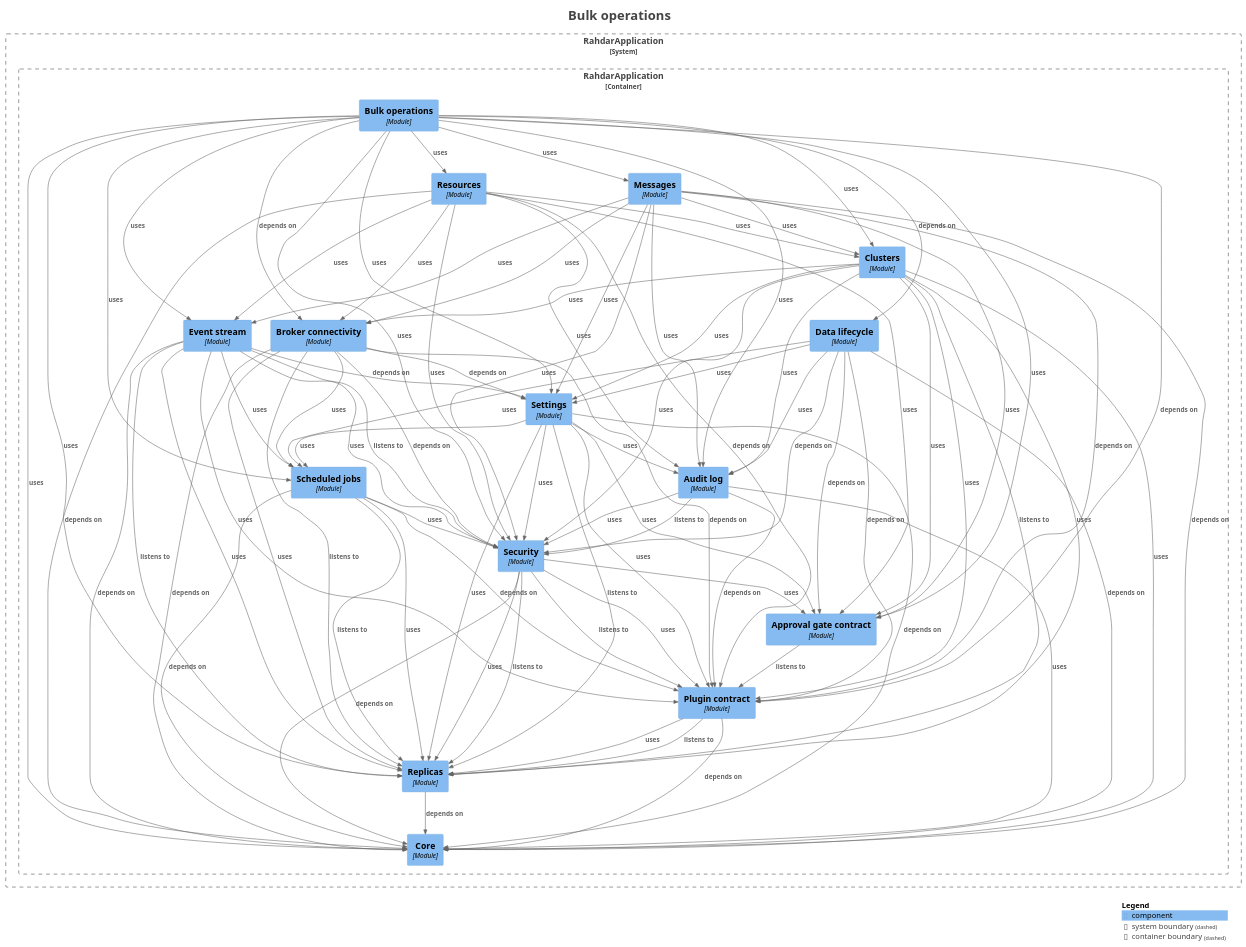
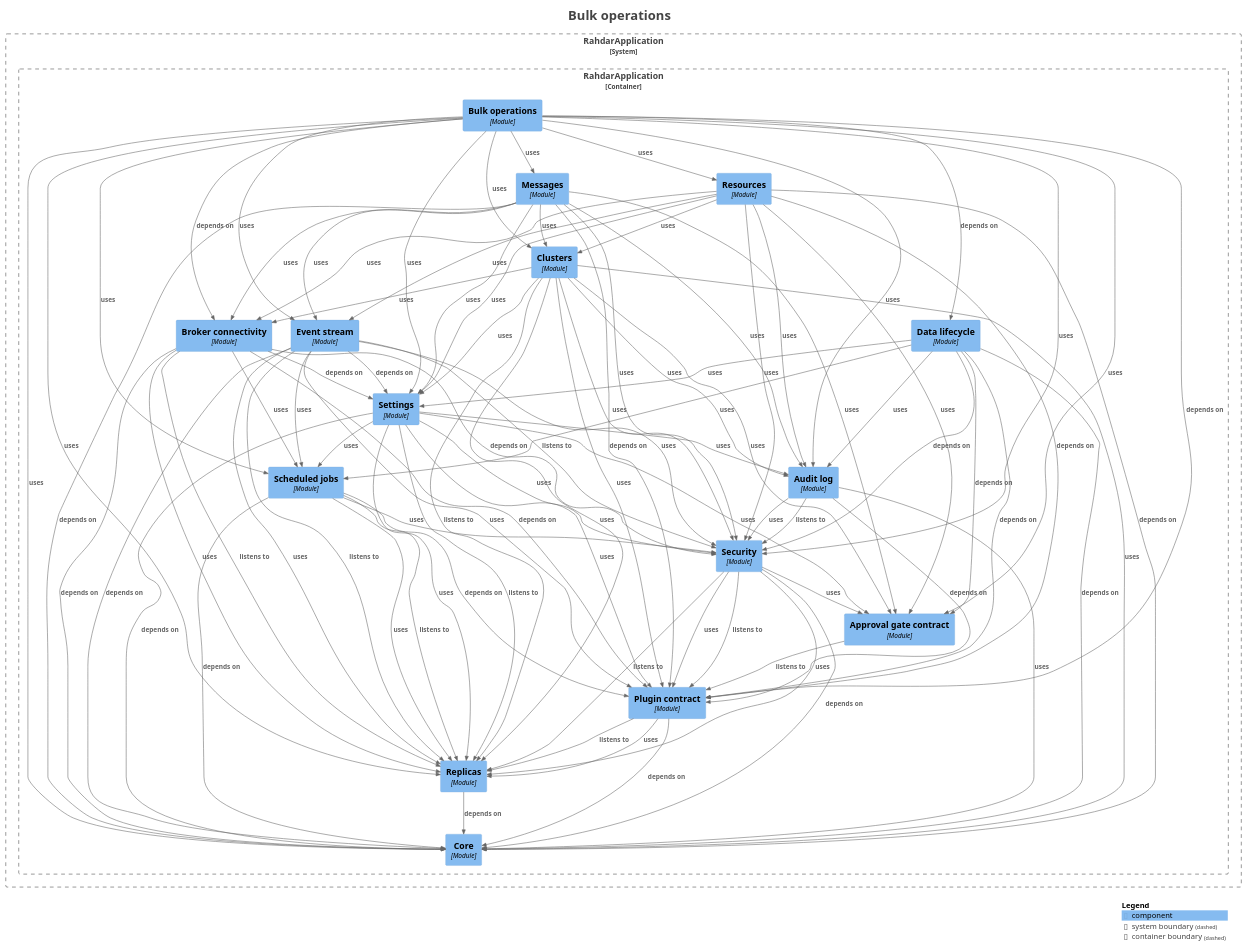
Before and after one commit to sudoitir/rahdar: the diagram in docs/modules/module-feature.bulk.puml, drawn with PlantUML. The commit also changed 11 other files, not shown here.

```diff
--- a/docs/modules/module-feature.bulk.puml
+++ b/docs/modules/module-feature.bulk.puml
@@ -107,6 +107,7 @@
 Rel(RahdarApplication.RahdarApplication.Resources, RahdarApplication.RahdarApplication.Eventstream, "uses", $techn="", $tags="", $link="")
 Rel(RahdarApplication.RahdarApplication.Resources, RahdarApplication.RahdarApplication.Plugincontract, "depends on", $techn="", $tags="", $link="")
 Rel(RahdarApplication.RahdarApplication.Resources, RahdarApplication.RahdarApplication.Security, "uses", $techn="", $tags="", $link="")
+Rel(RahdarApplication.RahdarApplication.Resources, RahdarApplication.RahdarApplication.Settings, "uses", $techn="", $tags="", $link="")
 Rel(RahdarApplication.RahdarApplication.Scheduledjobs, RahdarApplication.RahdarApplication.Core, "depends on", $techn="", $tags="", $link="")
 Rel(RahdarApplication.RahdarApplication.Scheduledjobs, RahdarApplication.RahdarApplication.Plugincontract, "depends on", $techn="", $tags="", $link="")
 Rel(RahdarApplication.RahdarApplication.Scheduledjobs, RahdarApplication.RahdarApplication.Replicas, "listens to", $techn="", $tags="", $link="")
```
